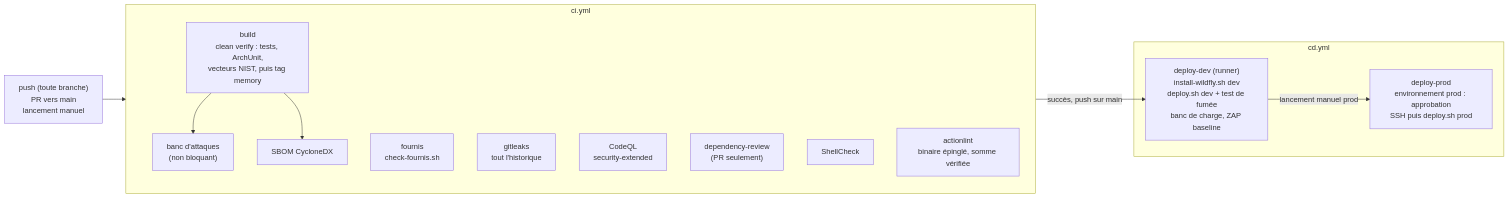
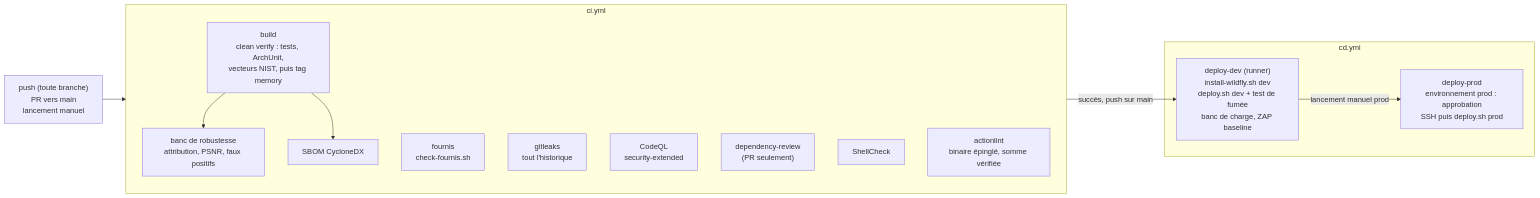
One commit to Amal-wa/MedImage-Trust changed the diagram in docs/ci-cd.md. Above: the diagram before and after it, drawn with Mermaid. The commit also changed other lines of this file and 35 other files, not shown here.

Commit message:
fix(embedding): pas QIM proportionnel a la profondeur (12 bits : 0/20 -> 20/20) ; copie en entier signe 16 bits (BitsAllocated 16) pour fond nul ou sature ; attribution bloquante dans le banc, avec son test d'echec

````diff
--- a/docs/ci-cd.md
+++ b/docs/ci-cd.md
@@ -5,26 +5,26 @@
 ```mermaid
 flowchart LR
     push["push (toute branche)<br/>PR vers main<br/>lancement manuel"] --> CI
 
     subgraph CI["ci.yml"]
         build["build<br/>clean verify : tests, ArchUnit,<br/>vecteurs NIST, puis tag memory"]
         fournis["fournis<br/>check-fournis.sh"]
         gitleaks["gitleaks<br/>tout l'historique"]
         codeql["CodeQL<br/>security-extended"]
         depr["dependency-review<br/>(PR seulement)"]
         sbom["SBOM CycloneDX"]
         shell["ShellCheck"]
         alint["actionlint<br/>binaire épinglé, somme vérifiée"]
-        attack["banc d'attaques<br/>(non bloquant)"]
+        attack["banc de robustesse<br/>attribution, PSNR, faux positifs"]
         build --> attack
         build --> sbom
     end
 
     CI -- "succès, push sur main" --> dev
 
     subgraph CD["cd.yml"]
         dev["deploy-dev (runner)<br/>install-wildfly.sh dev<br/>deploy.sh dev + test de fumée<br/>banc de charge, ZAP baseline"]
         prod["deploy-prod<br/>environnement prod : approbation<br/>SSH puis deploy.sh prod"]
         dev -- "lancement manuel prod" --> prod
     end
 ```
````
